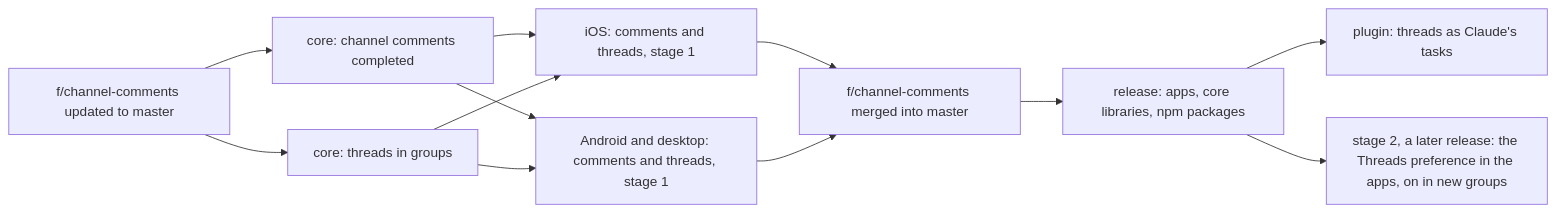
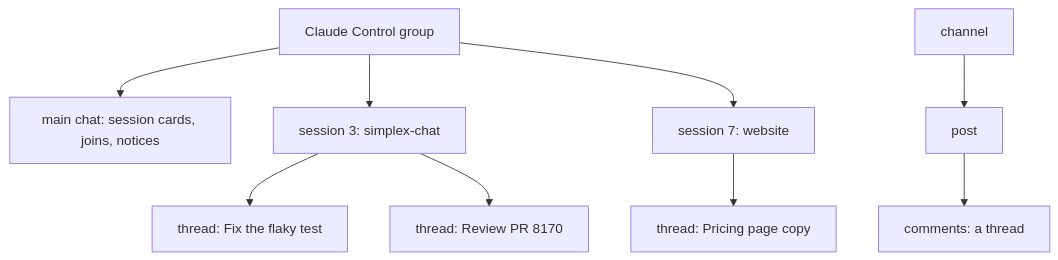
The first of 5 diagrams in plans/2026-11-13-mcp-threads.md (evgeny-simplex/simplex-chat), drawn with Mermaid before and after one commit. The commit also changed other lines of this file, not shown here.

Commit message:
plan: mcp-threads with sessions as topics, from agent scenarios

````diff
--- a/plans/2026-11-13-mcp-threads.md
+++ b/plans/2026-11-13-mcp-threads.md
@@ -7,14 +49,11 @@
 ```mermaid
-flowchart LR
-  F[f/channel-comments updated to master] --> C1[core: channel comments completed]
-  F --> C2[core: threads in groups]
-  C1 --> I[iOS: comments and threads, stage 1]
-  C2 --> I
-  C1 --> K[Android and desktop: comments and threads, stage 1]
-  C2 --> K
-  I --> M[f/channel-comments merged into master]
-  K --> M
-  M --> R[release: apps, core libraries, npm packages]
-  R --> P[plugin: threads as Claude's tasks]
-  R --> S[stage 2, a later release: the Threads preference in the apps, on in new groups]
+flowchart TD
+  G[Claude Control group] --> MC[main chat: session cards, joins, notices]
+  G --> S3[session 3: simplex-chat]
+  G --> S7[session 7: website]
+  S3 --> T1[thread: Fix the flaky test]
+  S3 --> T2[thread: Review PR 8170]
+  S7 --> T3[thread: Pricing page copy]
+  CH[channel] --> P1[post]
+  P1 --> C1[comments: a thread]
 ```
````
